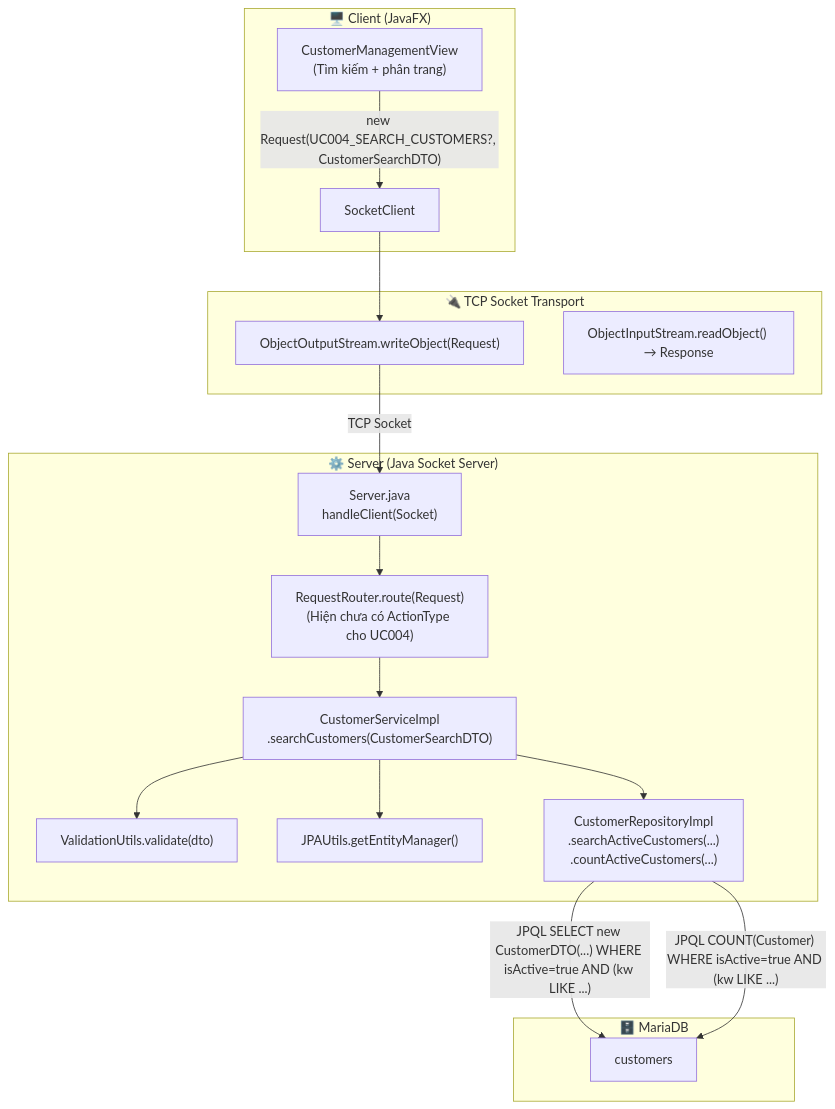
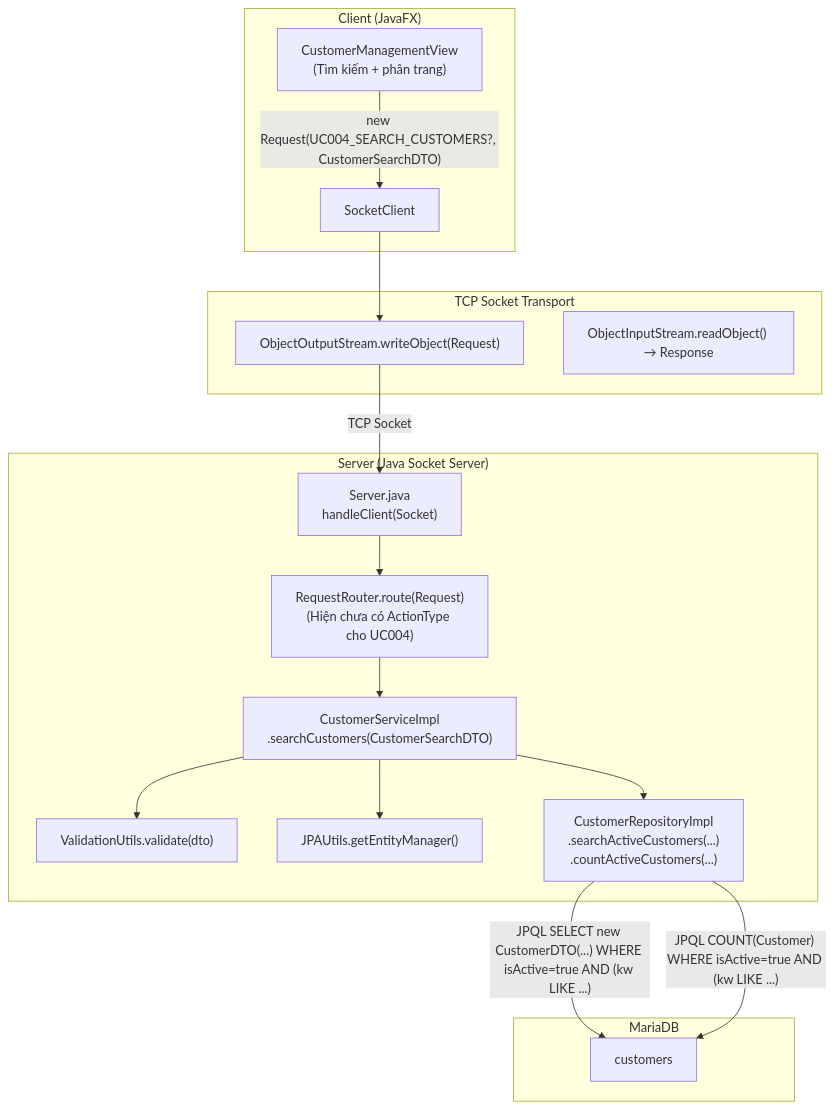
Before and after one commit to Distributed-Programing-Project/railway-reservation-system-server: the first of 3 diagrams in docs/diagrams/sequence/uc004-tim-kiem-khach-hang.md, drawn with Mermaid. The commit also changed other lines of this file and 11 other files, not shown here.

First line of the commit message:
fix(diagram): remove all emojis/icons from sequence diagrams for consistency

````diff
--- a/docs/diagrams/sequence/uc004-tim-kiem-khach-hang.md
+++ b/docs/diagrams/sequence/uc004-tim-kiem-khach-hang.md
@@ -7,38 +7,38 @@
 ```mermaid
 graph TB
-    subgraph CLIENT ["🖥️ Client (JavaFX)"]
+    subgraph CLIENT ["Client (JavaFX)"]
         UI["CustomerManagementView\n(Tìm kiếm + phân trang)"]
         SC["SocketClient"]
     end
 
-    subgraph TRANSPORT ["🔌 TCP Socket Transport"]
+    subgraph TRANSPORT ["TCP Socket Transport"]
         OOS["ObjectOutputStream.writeObject(Request)"]
         OIS["ObjectInputStream.readObject() → Response"]
     end
 
-    subgraph SERVER ["⚙️ Server (Java Socket Server)"]
+    subgraph SERVER ["Server (Java Socket Server)"]
         SRV["Server.java\nhandleClient(Socket)"]
         RR["RequestRouter.route(Request)\n(Hiện chưa có ActionType cho UC004)"]
         SVC["CustomerServiceImpl\n.searchCustomers(CustomerSearchDTO)"]
         VAL["ValidationUtils.validate(dto)"]
         JPA["JPAUtils.getEntityManager()"]
         REPO["CustomerRepositoryImpl\n.searchActiveCustomers(...)\n.countActiveCustomers(...)"]
     end
 
-    subgraph DB ["🗄️ MariaDB"]
+    subgraph DB ["MariaDB"]
         T_CUS["customers"]
     end
 
     UI -- "new Request(UC004_SEARCH_CUSTOMERS?, CustomerSearchDTO)" --> SC
     SC --> OOS
     OOS -- "TCP Socket" --> SRV
     SRV --> RR
     RR --> SVC
 
     SVC --> VAL
     SVC --> JPA
     SVC --> REPO
 
     REPO -- "JPQL SELECT new CustomerDTO(...) WHERE isActive=true AND (kw LIKE ...)" --> T_CUS
     REPO -- "JPQL COUNT(Customer) WHERE isActive=true AND (kw LIKE ...)" --> T_CUS
 ```
````
